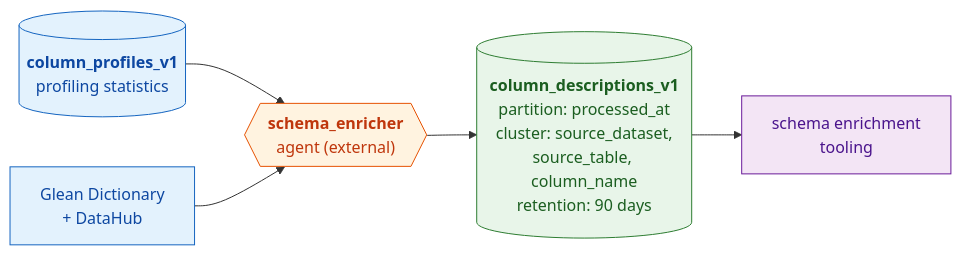
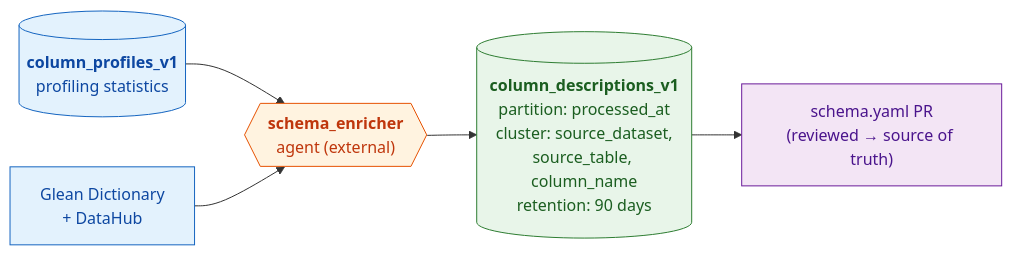
The diagram in sql/moz-fx-data-shared-prod/data_governance_metadata_derived/column_descriptions_v1/README.md (mozilla/bigquery-etl), drawn with Mermaid before and after one commit. The commit also changed other lines of this file, not shown here.

Commit message:
Adding README note that the table is not the source of truth for column descriptions. The "schema.yaml" files are the authoritative source

````diff
--- a/sql/moz-fx-data-shared-prod/data_governance_metadata_derived/column_descriptions_v1/README.md
+++ b/sql/moz-fx-data-shared-prod/data_governance_metadata_derived/column_descriptions_v1/README.md
@@ -18,22 +25,22 @@
 ```mermaid
 flowchart LR
     PROFILES[("<b>column_profiles_v1</b><br/>profiling statistics")]
     GLEAN["Glean Dictionary<br/>+ DataHub"]
     AGENT{{"<b>schema_enricher</b><br/>agent (external)"}}
     TBL[("<b>column_descriptions_v1</b><br/>partition: processed_at<br/>cluster: source_dataset,<br/>source_table, column_name<br/>retention: 90 days")]
-    CONSUMER["schema enrichment<br/>tooling"]
+    CONSUMER["schema.yaml PR<br/>(reviewed → source of truth)"]
 
     PROFILES --> AGENT
     GLEAN --> AGENT
     AGENT --> TBL --> CONSUMER
 
     classDef source fill:#e3f2fd,stroke:#1565c0,color:#0d47a1;
     classDef agent fill:#fff3e0,stroke:#e65100,color:#bf360c;
     classDef store fill:#e8f5e9,stroke:#2e7d32,color:#1b5e20;
     classDef consumer fill:#f3e5f5,stroke:#6a1b9a,color:#4a148c;
     class PROFILES source
     class GLEAN source
     class AGENT agent
     class TBL store
     class CONSUMER consumer
 ```
````
